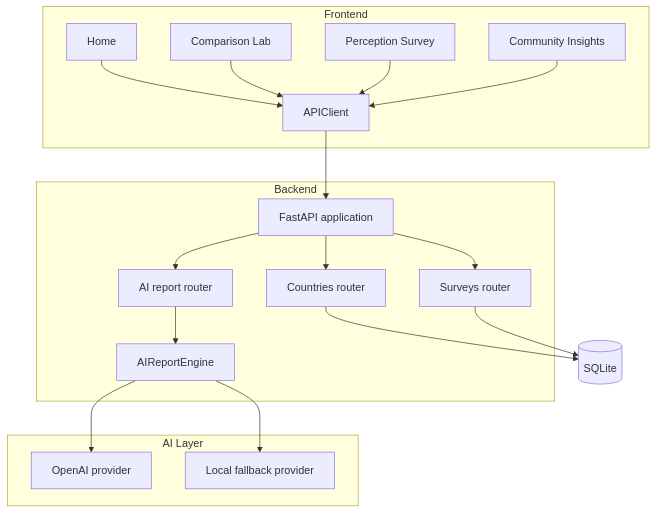
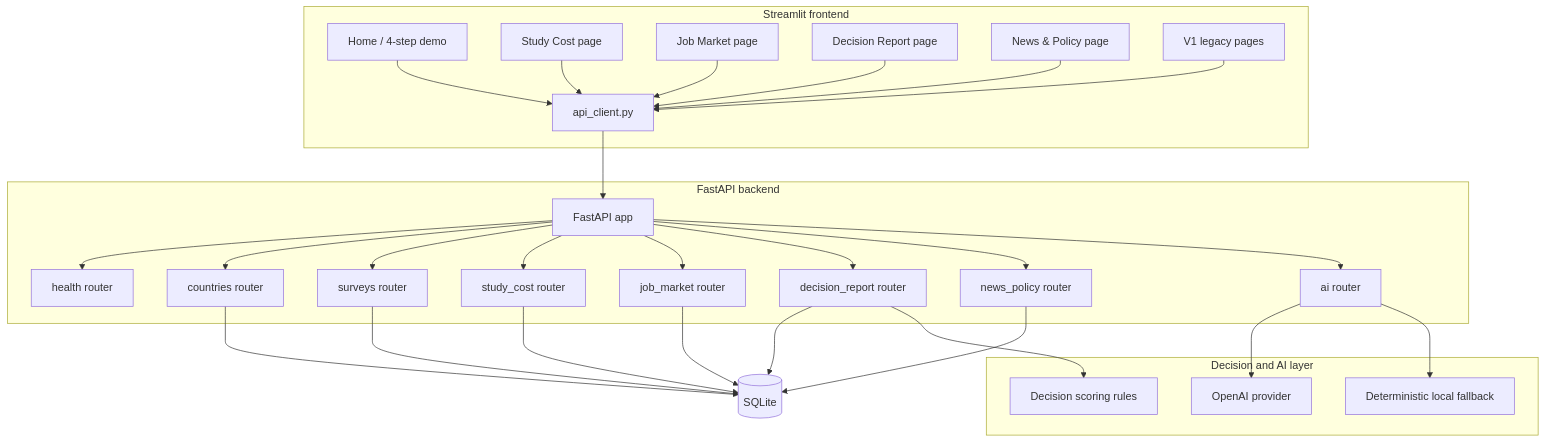
The first of 3 diagrams in docs/architecture.md (thomasyeung79/korea-data-analysis), drawn with Mermaid before and after one commit. The commit also changed other lines of this file and 3 other files, not shown here.

````diff
--- a/docs/architecture.md
+++ b/docs/architecture.md
@@ -7,39 +7,57 @@
 ```mermaid
 flowchart TB
-    subgraph Frontend
-        H["Home"]
-        CL["Comparison Lab"]
-        PS["Perception Survey"]
-        CI["Community Insights"]
-        AC["APIClient"]
+    subgraph Frontend["Streamlit frontend"]
+        HOME["Home / 4-step demo"]
+        COST["Study Cost page"]
+        JOB["Job Market page"]
+        DECISION["Decision Report page"]
+        NEWS["News & Policy page"]
+        LEGACY["V1 legacy pages"]
+        CLIENT["api_client.py"]
     end
 
-    subgraph Backend
-        API["FastAPI application"]
-        CR["Countries router"]
-        SR["Surveys router"]
-        AR["AI report router"]
-        ENG["AIReportEngine"]
+    subgraph Backend["FastAPI backend"]
+        API["FastAPI app"]
+        HEALTH["health router"]
+        COUNTRIES["countries router"]
+        SURVEYS["surveys router"]
+        STUDY["study_cost router"]
+        MARKET["job_market router"]
+        REPORT["decision_report router"]
+        POLICY["news_policy router"]
+        AI["ai router"]
     end
 
-    subgraph AI Layer
-        OP["OpenAI provider"]
-        LP["Local fallback provider"]
+    subgraph Services["Decision and AI layer"]
+        DECISION_RULES["Decision scoring rules"]
+        OPENAI["OpenAI provider"]
+        LOCAL["Deterministic local fallback"]
     end
 
     DB[("SQLite")]
 
-    H --> AC
-    CL --> AC
-    PS --> AC
-    CI --> AC
-    AC --> API
-    API --> CR
-    API --> SR
-    API --> AR
-    CR --> DB
-    SR --> DB
-    AR --> ENG
-    ENG --> OP
-    ENG --> LP
+    HOME --> CLIENT
+    COST --> CLIENT
+    JOB --> CLIENT
+    DECISION --> CLIENT
+    NEWS --> CLIENT
+    LEGACY --> CLIENT
+    CLIENT --> API
+    API --> HEALTH
+    API --> COUNTRIES
+    API --> SURVEYS
+    API --> STUDY
+    API --> MARKET
+    API --> REPORT
+    API --> POLICY
+    API --> AI
+    COUNTRIES --> DB
+    SURVEYS --> DB
+    STUDY --> DB
+    MARKET --> DB
+    REPORT --> DB
+    POLICY --> DB
+    REPORT --> DECISION_RULES
+    AI --> OPENAI
+    AI --> LOCAL
 ```
````
